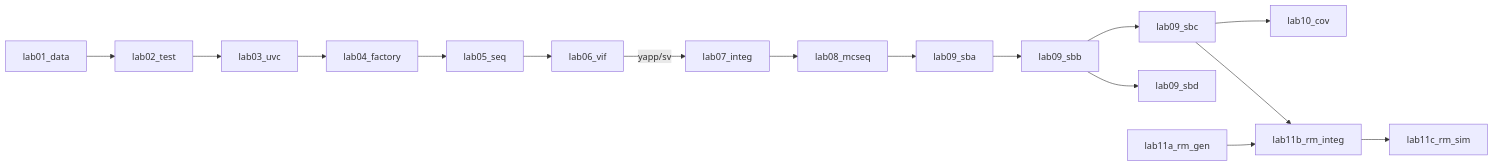
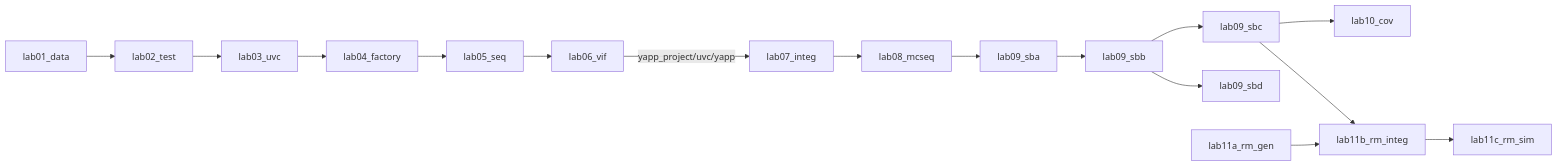
One commit to tamirgabgab/Qcom-Mentoring changed the diagram in docs/labs/index.md. Above: the diagram before and after it, drawn with Mermaid. The commit also changed other lines of this file and 34 other files, not shown here.

First line of the commit message:
Docs: yapp_project tree, extern style, explicit sequences and field methods

````diff
--- a/docs/labs/index.md
+++ b/docs/labs/index.md
@@ -24,9 +24,9 @@
 ```mermaid
 flowchart LR
     L1[lab01_data] --> L2[lab02_test] --> L3[lab03_uvc] --> L4[lab04_factory] --> L5[lab05_seq] --> L6[lab06_vif]
-    L6 -->|"yapp/sv"| L7[lab07_integ] --> L8[lab08_mcseq] --> L9A[lab09_sba] --> L9B[lab09_sbb]
+    L6 -->|"yapp_project/uvc/yapp"| L7[lab07_integ] --> L8[lab08_mcseq] --> L9A[lab09_sba] --> L9B[lab09_sbb]
     L9B --> L9C[lab09_sbc] --> L10[lab10_cov]
     L9B --> L9D[lab09_sbd]
     L11A[lab11a_rm_gen] --> L11B[lab11b_rm_integ] --> L11C[lab11c_rm_sim]
     L9C --> L11B
 ```
````
